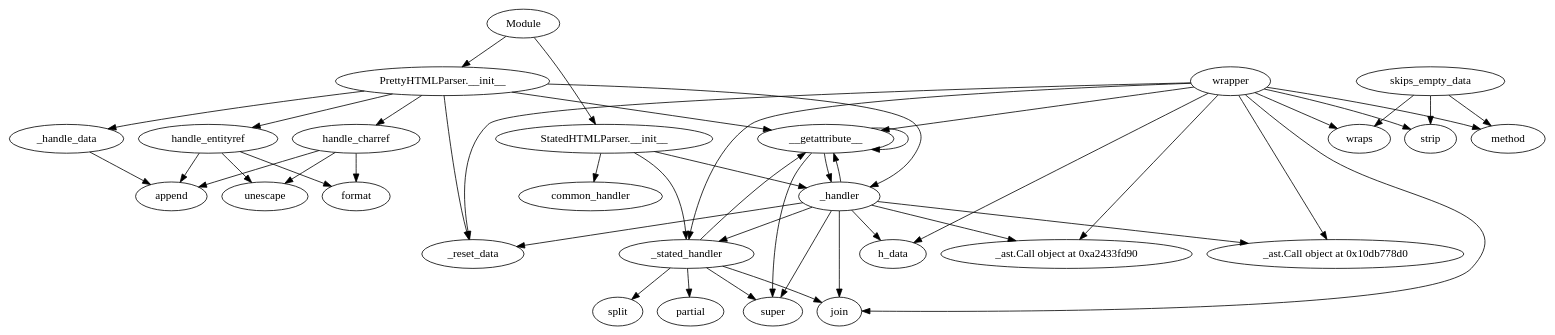
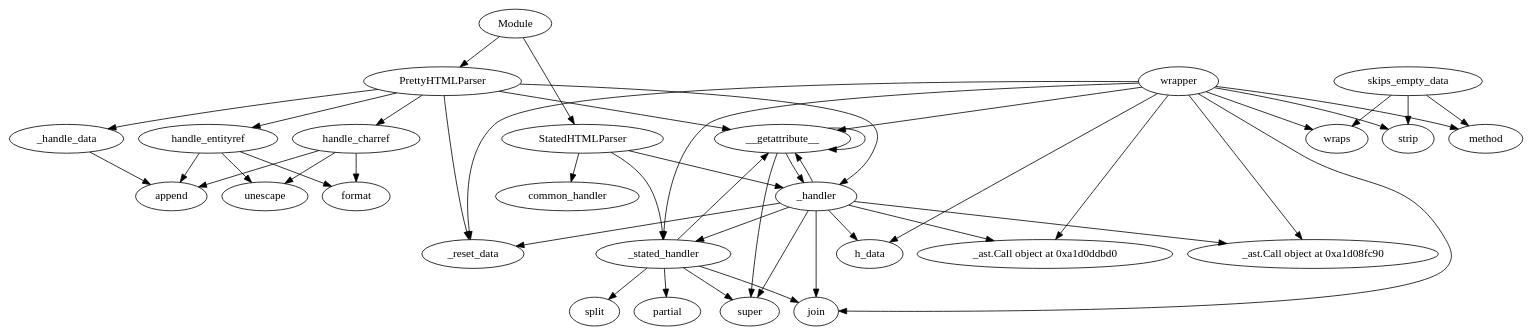
The diagram in CallGraph_dots/HTML5Parser.dot (JordanCoyne97/Final_Year_Project), drawn with Graphviz before and after one commit. The commit also changed 79 other files, not shown here.

```diff
--- a/CallGraph_dots/HTML5Parser.dot
+++ b/CallGraph_dots/HTML5Parser.dot
@@ -1,75 +1,75 @@
 digraph  {
 __getattribute__;
 super;
 _handler;
 _handle_data;
 append;
 wrapper;
 h_data;
 join;
 _reset_data;
-<_ast.Call object at 0xa2433fd90>;
+<_ast.Call object at 0xa1d0ddbd0>;
 handle_charref;
 unescape;
 format;
 handle_entityref;
 common_handler;
 _stated_handler;
 split;
 partial;
-<_ast.Call object at 0x10db778d0>;
+<_ast.Call object at 0xa1d08fc90>;
 strip;
 method;
 wraps;
 skips_empty_data;
 Module;
-"PrettyHTMLParser.__init__";
-"StatedHTMLParser.__init__";
+PrettyHTMLParser;
+StatedHTMLParser;
 __getattribute__ -> __getattribute__;
 __getattribute__ -> super;
 __getattribute__ -> _handler;
 _handler -> super;
 _handler -> __getattribute__;
 _handler -> h_data;
 _handler -> join;
 _handler -> _reset_data;
-_handler -> <_ast.Call object at 0xa2433fd90>;
+_handler -> <_ast.Call object at 0xa1d0ddbd0>;
 _handler -> _stated_handler;
-_handler -> <_ast.Call object at 0x10db778d0>;
+_handler -> <_ast.Call object at 0xa1d08fc90>;
 _handle_data -> append;
 wrapper -> __getattribute__;
 wrapper -> h_data;
 wrapper -> join;
 wrapper -> _reset_data;
-wrapper -> <_ast.Call object at 0xa2433fd90>;
+wrapper -> <_ast.Call object at 0xa1d0ddbd0>;
 wrapper -> _stated_handler;
-wrapper -> <_ast.Call object at 0x10db778d0>;
+wrapper -> <_ast.Call object at 0xa1d08fc90>;
 wrapper -> strip;
 wrapper -> method;
 wrapper -> wraps;
 handle_charref -> unescape;
 handle_charref -> format;
 handle_charref -> append;
 handle_entityref -> unescape;
 handle_entityref -> format;
 handle_entityref -> append;
 _stated_handler -> split;
 _stated_handler -> join;
 _stated_handler -> __getattribute__;
 _stated_handler -> super;
 _stated_handler -> partial;
 skips_empty_data -> strip;
 skips_empty_data -> method;
 skips_empty_data -> wraps;
-Module -> "PrettyHTMLParser.__init__";
-Module -> "StatedHTMLParser.__init__";
-"PrettyHTMLParser.__init__" -> __getattribute__;
-"PrettyHTMLParser.__init__" -> _handle_data;
-"PrettyHTMLParser.__init__" -> _handler;
-"PrettyHTMLParser.__init__" -> _reset_data;
-"PrettyHTMLParser.__init__" -> handle_charref;
-"PrettyHTMLParser.__init__" -> handle_entityref;
-"StatedHTMLParser.__init__" -> common_handler;
-"StatedHTMLParser.__init__" -> _stated_handler;
-"StatedHTMLParser.__init__" -> _handler;
+Module -> PrettyHTMLParser;
+Module -> StatedHTMLParser;
+PrettyHTMLParser -> __getattribute__;
+PrettyHTMLParser -> _handle_data;
+PrettyHTMLParser -> _handler;
+PrettyHTMLParser -> _reset_data;
+PrettyHTMLParser -> handle_charref;
+PrettyHTMLParser -> handle_entityref;
+StatedHTMLParser -> common_handler;
+StatedHTMLParser -> _stated_handler;
+StatedHTMLParser -> _handler;
 }
```
